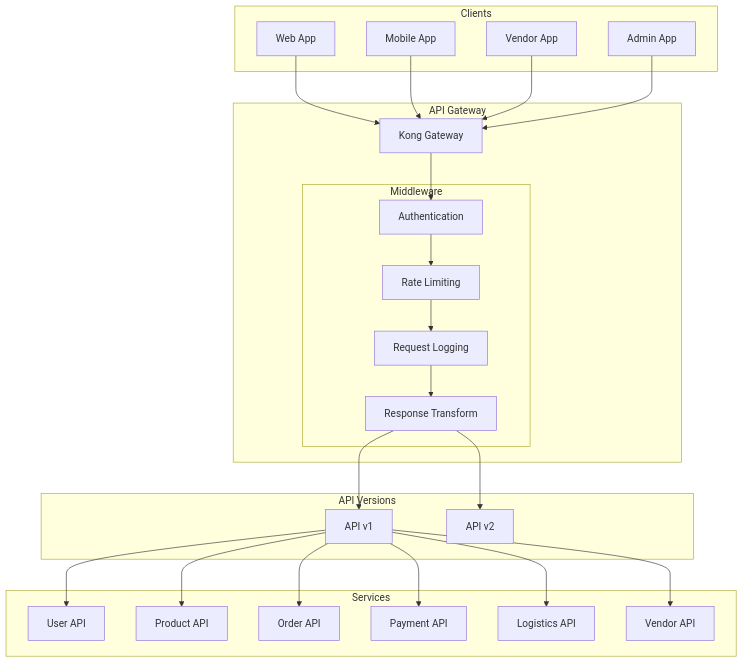
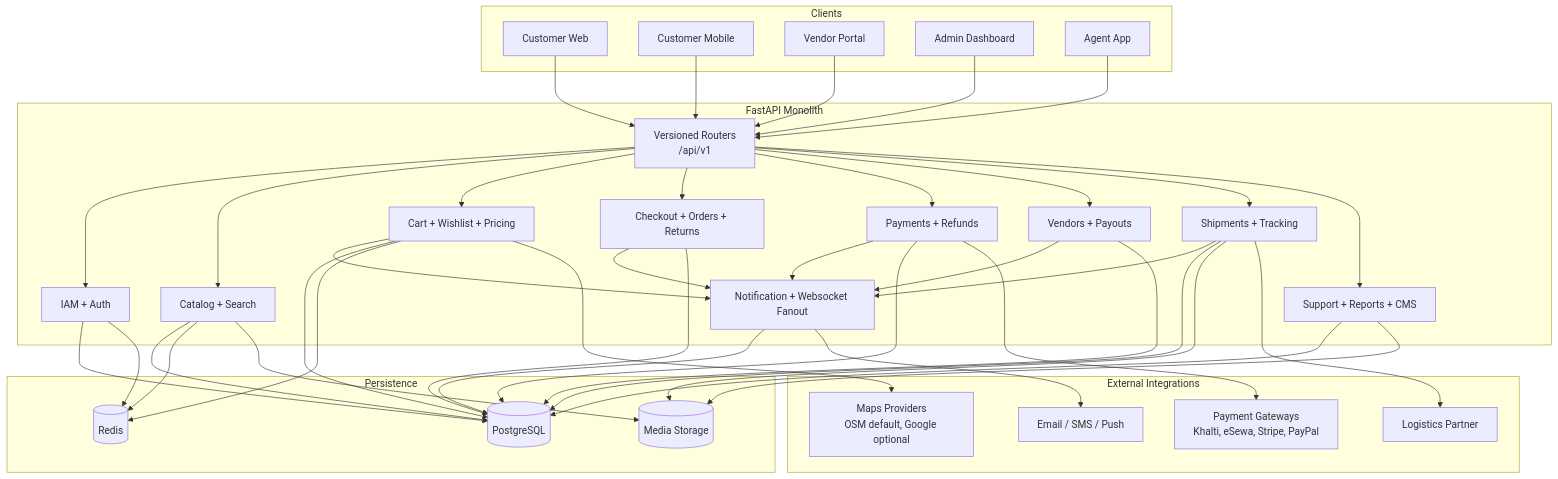
Before and after one commit to 0Ankit0/e-commerce: the diagram in docs/system-design/detailed-design/api-design.md, drawn with Mermaid. The commit also changed other lines of this file and 24 other files, not shown here.

````diff
--- a/docs/system-design/detailed-design/api-design.md
+++ b/docs/system-design/detailed-design/api-design.md
@@ -10,54 +10,80 @@
 ```mermaid
 graph TB
     subgraph "Clients"
-        Web[Web App]
-        Mobile[Mobile App]
-        Vendor[Vendor App]
-        Admin[Admin App]
+        Web[Customer Web]
+        Mobile[Customer Mobile]
+        Vendor[Vendor Portal]
+        Admin[Admin Dashboard]
+        Agent[Agent App]
     end
 
-    subgraph "API Gateway"
-        Gateway[Kong Gateway]
-
-        subgraph "Middleware"
-            Auth[Authentication]
-            RateLimit[Rate Limiting]
-            Logging[Request Logging]
-            Transform[Response Transform]
-        end
+    subgraph "FastAPI Monolith"
+        Router[Versioned Routers<br>/api/v1]
+        IAM[IAM + Auth]
+        Catalog[Catalog + Search]
+        Commerce[Cart + Wishlist + Pricing]
+        Orders[Checkout + Orders + Returns]
+        Payments[Payments + Refunds]
+        Vendors[Vendors + Payouts]
+        Logistics[Shipments + Tracking]
+        Support[Support + Reports + CMS]
+        Notify[Notification + Websocket Fanout]
     end
 
-    subgraph "API Versions"
-        V1[API v1]
-        V2[API v2]
+    subgraph "Persistence"
+        DB[(PostgreSQL)]
+        Cache[(Redis)]
+        Media[(Media Storage)]
     end
 
-    subgraph "Services"
-        UserAPI[User API]
-        ProductAPI[Product API]
-        OrderAPI[Order API]
-        PaymentAPI[Payment API]
-        LogisticsAPI[Logistics API]
-        VendorAPI[Vendor API]
+    subgraph "External Integrations"
+        PayGW[Payment Gateways<br>Khalti, eSewa, Stripe, PayPal]
+        Maps[Maps Providers<br>OSM default, Google optional]
+        Msg[Email / SMS / Push]
+        LogisticsPartner[Logistics Partner]
     end
 
-    Web --> Gateway
-    Mobile --> Gateway
-    Vendor --> Gateway
-    Admin --> Gateway
+    Web --> Router
+    Mobile --> Router
+    Vendor --> Router
+    Admin --> Router
+    Agent --> Router
 
-    Gateway --> Auth
-    Auth --> RateLimit
-    RateLimit --> Logging
-    Logging --> Transform
+    Router --> IAM
+    Router --> Catalog
+    Router --> Commerce
+    Router --> Orders
+    Router --> Payments
+    Router --> Vendors
+    Router --> Logistics
+    Router --> Support
 
-    Transform --> V1
-    Transform --> V2
+    Commerce --> Notify
+    Orders --> Notify
+    Payments --> Notify
+    Vendors --> Notify
+    Logistics --> Notify
 
-    V1 --> UserAPI
-    V1 --> ProductAPI
-    V1 --> OrderAPI
-    V1 --> PaymentAPI
-    V1 --> LogisticsAPI
-    V1 --> VendorAPI
+    IAM --> DB
+    Catalog --> DB
+    Commerce --> DB
+    Orders --> DB
+    Payments --> DB
+    Vendors --> DB
+    Logistics --> DB
+    Support --> DB
+    Notify --> DB
+
+    Catalog --> Cache
+    Commerce --> Cache
+    IAM --> Cache
+
+    Catalog --> Media
+    Logistics --> Media
+    Support --> Media
+
+    Payments --> PayGW
+    Commerce --> Maps
+    Logistics --> LogisticsPartner
+    Notify --> Msg
 ```
````
